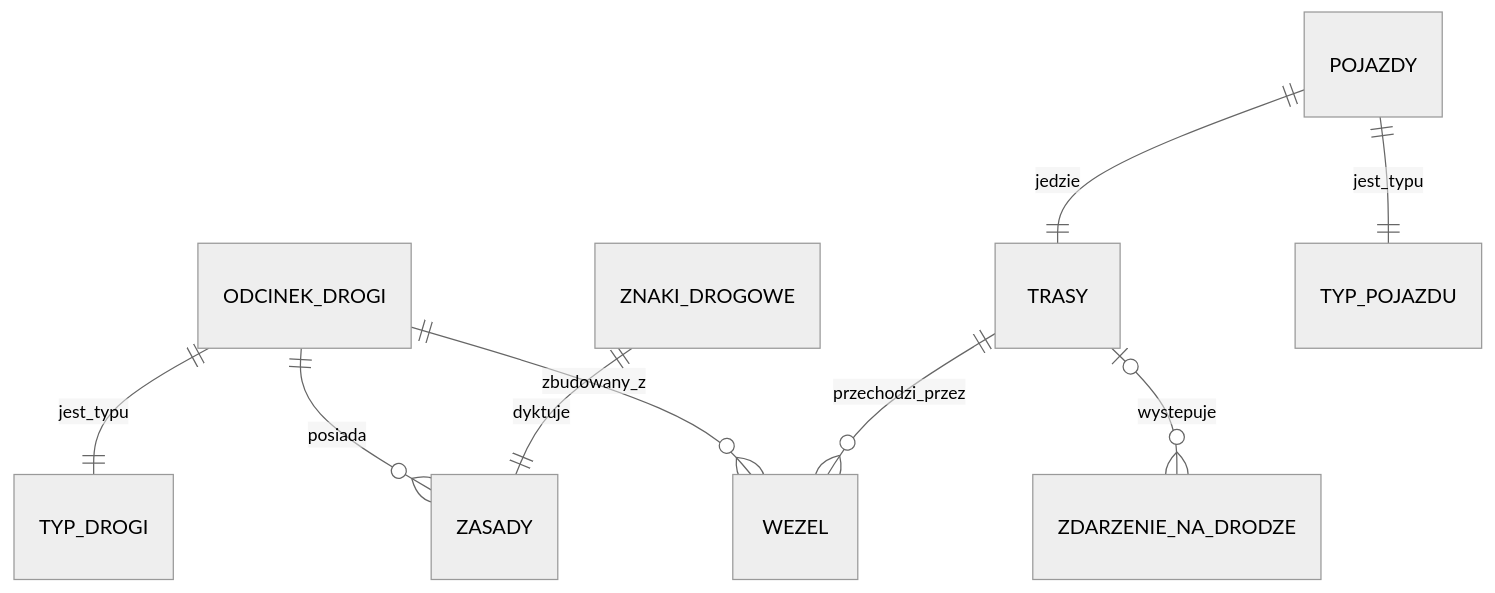
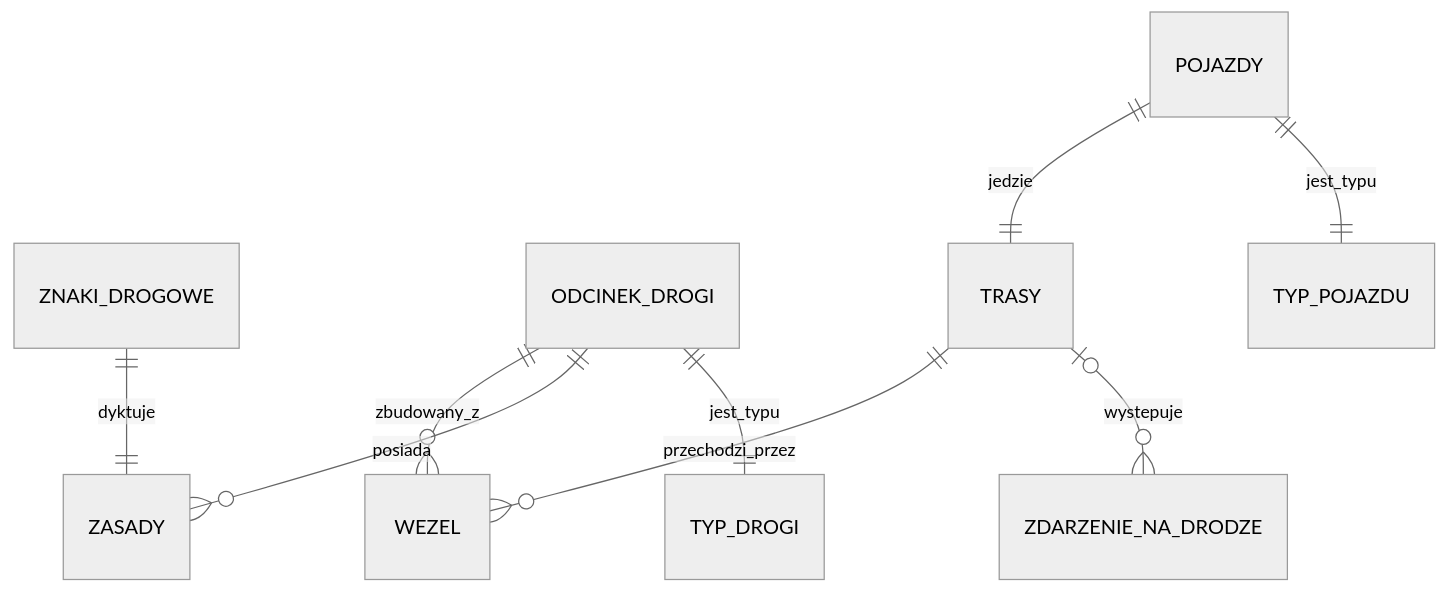
One commit to Vomiroy/Symulator-ruchu-drogowego changed the diagram in docs/domain-model.md. Above: the diagram before and after it, drawn with Mermaid (neutral theme).

````diff
--- a/docs/domain-model.md
+++ b/docs/domain-model.md
@@ -24,15 +24,17 @@
 ```mermaid
 erDiagram
+
+    ZNAKI_DROGOWE ||--|| ZASADY : "dyktuje"
     ODCINEK_DROGI ||--o{ WEZEL : "zbudowany_z"
     ODCINEK_DROGI ||--o{ ZASADY : "posiada"
     ODCINEK_DROGI ||--|| TYP_DROGI : "jest_typu"
 
-    ZNAKI_DROGOWE ||--|| ZASADY : "dyktuje"
+    
 
     TRASY ||--o{ WEZEL : "przechodzi_przez"
 
     POJAZDY ||--|| TRASY : "jedzie"
     POJAZDY ||--|| TYP_POJAZDU : "jest_typu"
 
     TRASY o|--o{ ZDARZENIE_NA_DRODZE : "wystepuje"
 ```
````
